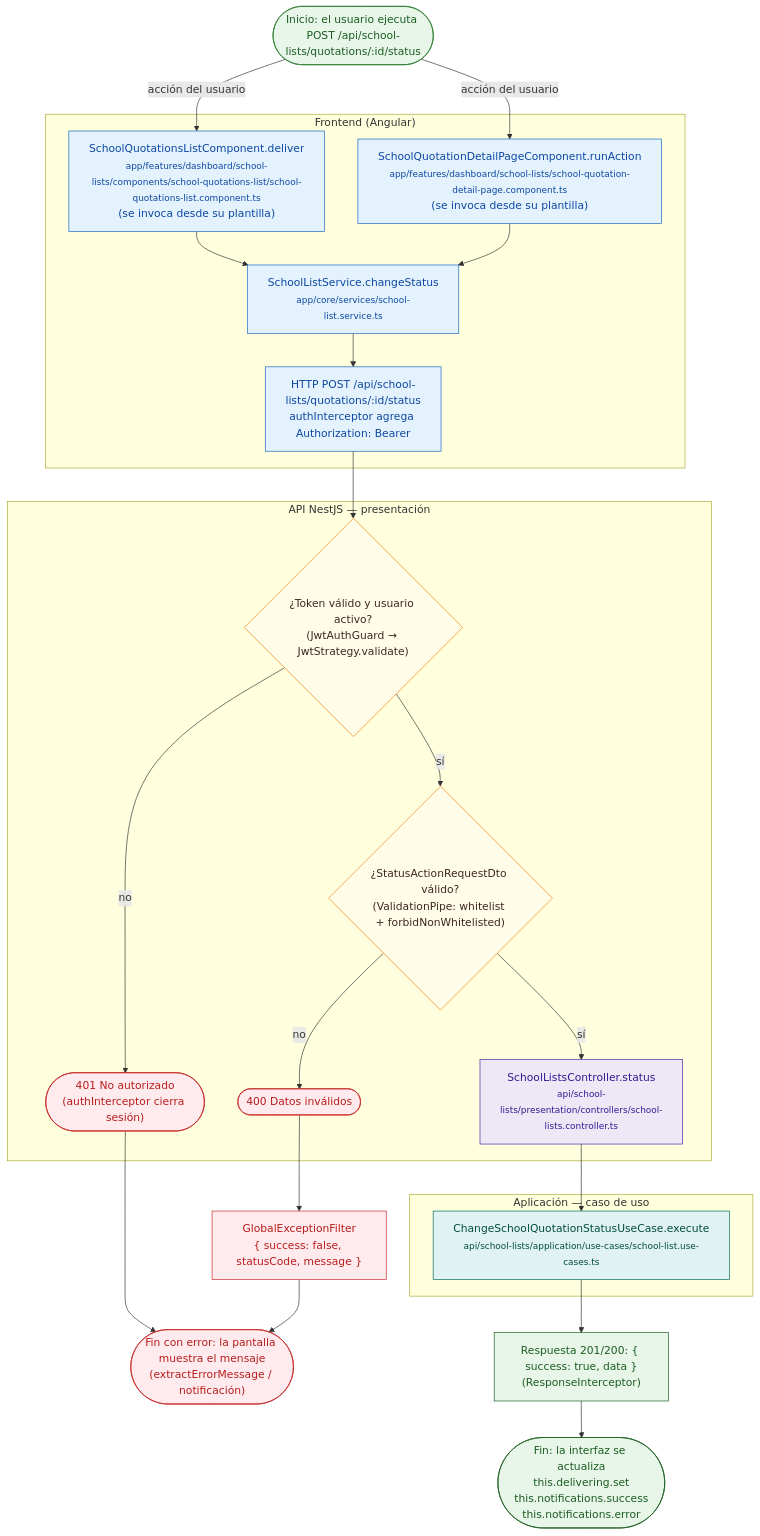
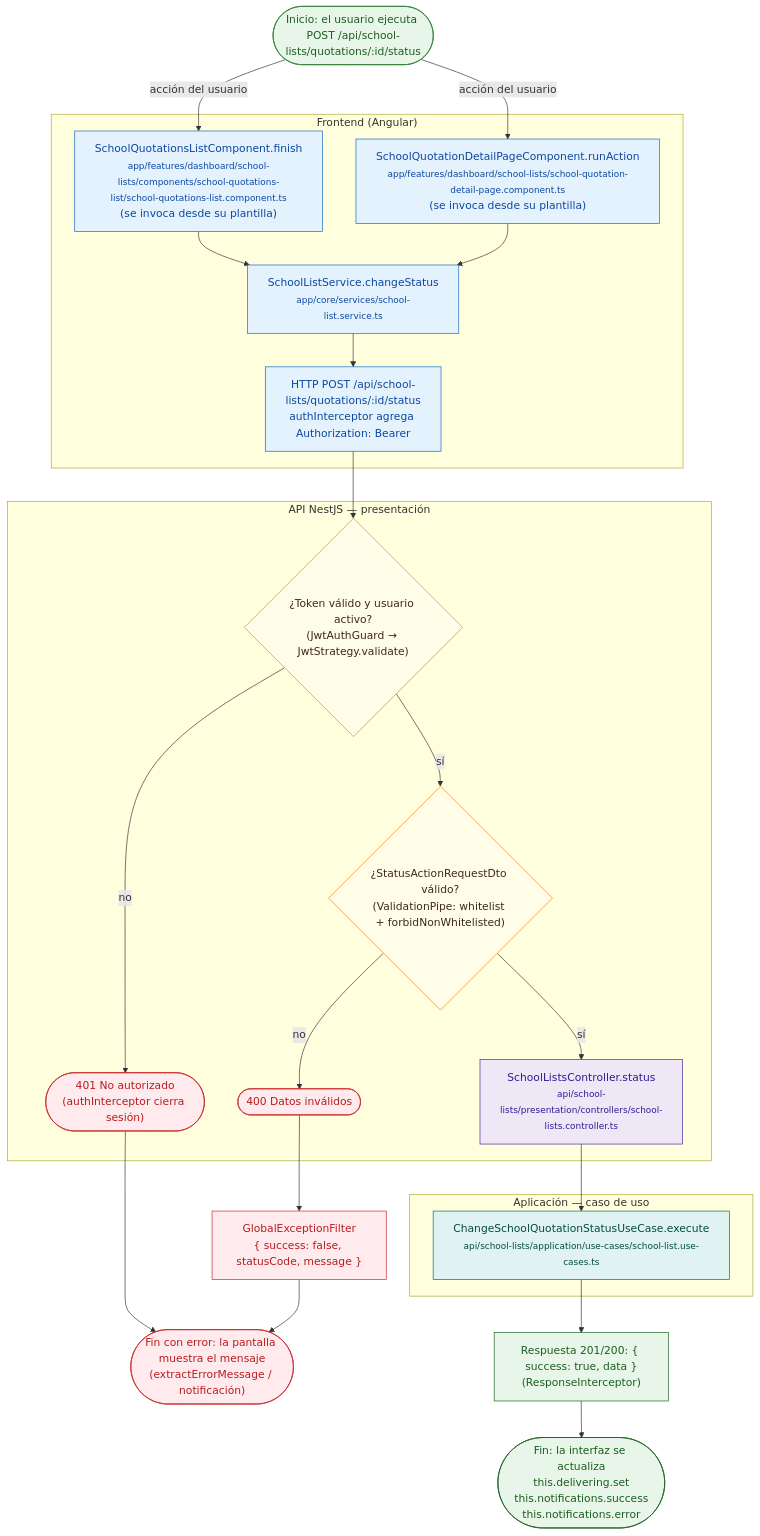
One commit to krezoiv/Comercial-Jhoel-Api changed the diagram in docs/flowcharts/business-processes/school-lists/post-school-lists-quotations-id-status.mmd. Above: the diagram before and after it, drawn with Mermaid. The commit also changed 179 other files, not shown here.

```diff
--- a/docs/flowcharts/business-processes/school-lists/post-school-lists-quotations-id-status.mmd
+++ b/docs/flowcharts/business-processes/school-lists/post-school-lists-quotations-id-status.mmd
@@ -1,65 +1,65 @@
 %% @generado: docs/codebase-study/tools/flowcharts.js (no editar a mano; se regenera)
 %% @titulo: POST /api/school-lists/quotations/:id/status
 %% @modulo: school-lists (school-lists)
 %% @representa: Flujo de decisiones real de POST /api/school-lists/quotations/:id/status: guards, DTO, validaciones del caso de uso (if … throw) y reglas de las funciones PL/pgSQL (IF … RAISE).
-%% @inicio: SchoolQuotationsListComponent.deliver (comercial-jhoel-app/src/app/features/dashboard/school-lists/components/school-quotations-list/school-quotations-list.component.ts)
+%% @inicio: SchoolQuotationsListComponent.finish (comercial-jhoel-app/src/app/features/dashboard/school-lists/components/school-quotations-list/school-quotations-list.component.ts)
 %% @archivos: comercial-jhoel-api/src/modules/school-lists/presentation/controllers/school-lists.controller.ts ; comercial-jhoel-app/src/app/core/services/school-list.service.ts ; comercial-jhoel-app/src/app/features/dashboard/school-lists/components/school-quotations-list/school-quotations-list.component.ts ; comercial-jhoel-app/src/app/features/dashboard/school-lists/school-quotation-detail-page.component.ts ; comercial-jhoel-api/src/modules/school-lists/application/use-cases/school-list.use-cases.ts
 %% @decisiones: sesión JWT válida | DTO StatusActionRequestDto
 %% @datos: ver repositorio
 %% @fin: Respuesta { success: true, data } y actualización de la pantalla
 %% @errores: Cada rama roja termina en GlobalExceptionFilter → { success: false, message } y la pantalla muestra el mensaje; un RAISE en SQL revierte toda la transacción
 flowchart TD
   n1(["Inicio: el usuario ejecuta POST /api/school-lists/quotations/:id/status"])
   n2["GlobalExceptionFilter<br/>{ success: false, statusCode, message }"]
   n3(["Fin con error: la pantalla muestra el mensaje<br/>(extractErrorMessage / notificación)"])
   subgraph s4["Frontend (Angular)"]
   n5["SchoolListService.changeStatus<br/><small>app/core/services/school-list.service.ts</small>"]
-  n6["SchoolQuotationsListComponent.deliver<br/><small>app/features/dashboard/school-lists/components/school-quotations-list/school-quotations-list.component.ts</small><br/>(se invoca desde su plantilla)"]
+  n6["SchoolQuotationsListComponent.finish<br/><small>app/features/dashboard/school-lists/components/school-quotations-list/school-quotations-list.component.ts</small><br/>(se invoca desde su plantilla)"]
   n7["SchoolQuotationDetailPageComponent.runAction<br/><small>app/features/dashboard/school-lists/school-quotation-detail-page.component.ts</small><br/>(se invoca desde su plantilla)"]
   n8["HTTP POST /api/school-lists/quotations/:id/status<br/>authInterceptor agrega Authorization: Bearer"]
   end
   n9["Respuesta 201/200: { success: true, data }<br/>(ResponseInterceptor)"]
   subgraph s10["API NestJS — presentación"]
   n11{"¿Token válido y usuario activo?<br/>(JwtAuthGuard → JwtStrategy.validate)"}
   n12(["401 No autorizado<br/>(authInterceptor cierra sesión)"])
   n13{"¿StatusActionRequestDto válido?<br/>(ValidationPipe: whitelist + forbidNonWhitelisted)"}
   n14(["400 Datos inválidos"])
   n15["SchoolListsController.status<br/><small>api/school-lists/presentation/controllers/school-lists.controller.ts</small>"]
   end
   subgraph s16["Aplicación — caso de uso"]
   n17["ChangeSchoolQuotationStatusUseCase.execute<br/><small>api/school-lists/application/use-cases/school-list.use-cases.ts</small>"]
   end
   n18(["Fin: la interfaz se actualiza<br/>this.delivering.set<br/>this.notifications.success<br/>this.notifications.error"])
   n2 --> n3
   n1 -->|acción del usuario| n6
   n6 --> n5
   n1 -->|acción del usuario| n7
   n7 --> n5
   n5 --> n8
   n8 --> n11
   n11 -->|no| n12
   n12 --> n3
   n11 -->|sí| n13
   n13 -->|no| n14
   n14 --> n2
   n13 -->|sí| n15
   n15 --> n17
   n17 --> n9
   n9 --> n18
   classDef start fill:#e8f5e9,stroke:#2e7d32,color:#1b5e20
   classDef fe fill:#e3f2fd,stroke:#1565c0,color:#0d47a1
   classDef api fill:#ede7f6,stroke:#4527a0,color:#311b92
   classDef app fill:#e0f2f1,stroke:#00695c,color:#004d40
   classDef dom fill:#fff8e1,stroke:#f9a825,color:#5d4037
   classDef infra fill:#f3e5f5,stroke:#6a1b9a,color:#4a148c
   classDef db fill:#eceff1,stroke:#455a64,color:#263238
   classDef dec fill:#fffde7,stroke:#f57f17,color:#3e2723
   classDef err fill:#ffebee,stroke:#c62828,color:#b71c1c
   classDef ok fill:#e8f5e9,stroke:#1b5e20,color:#1b5e20
   class n1 start
   class n2,n3,n12,n14 err
   class n5,n6,n7,n8 fe
   class n9,n18 ok
   class n11,n13 dec
   class n15 api
   class n17 app
```
